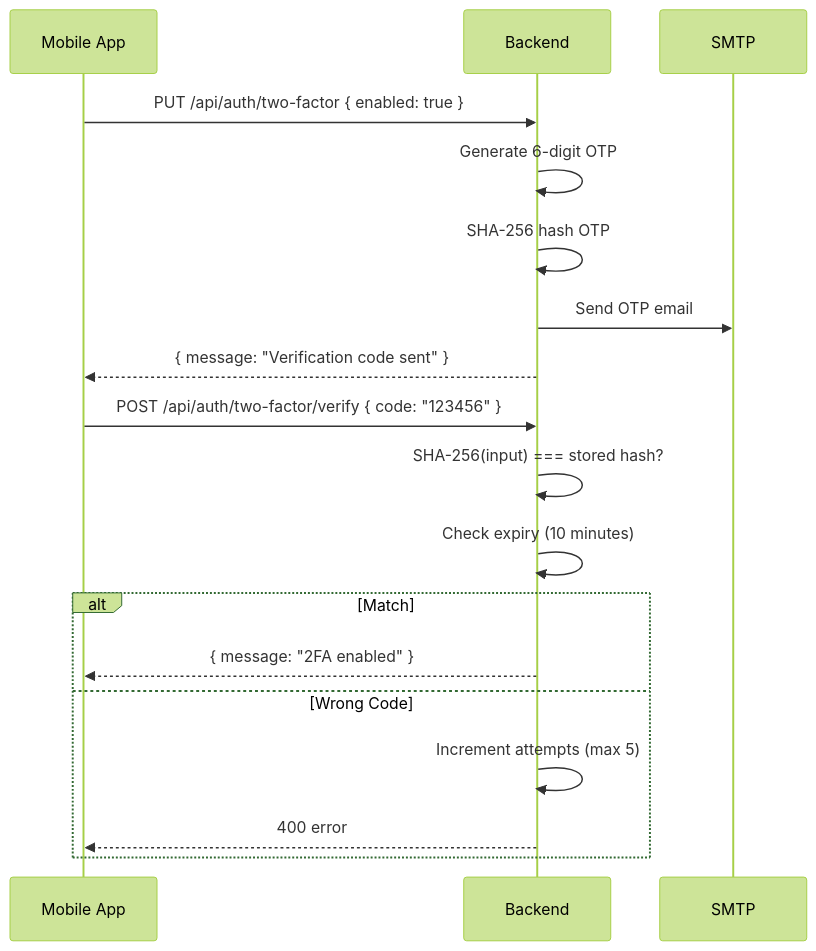
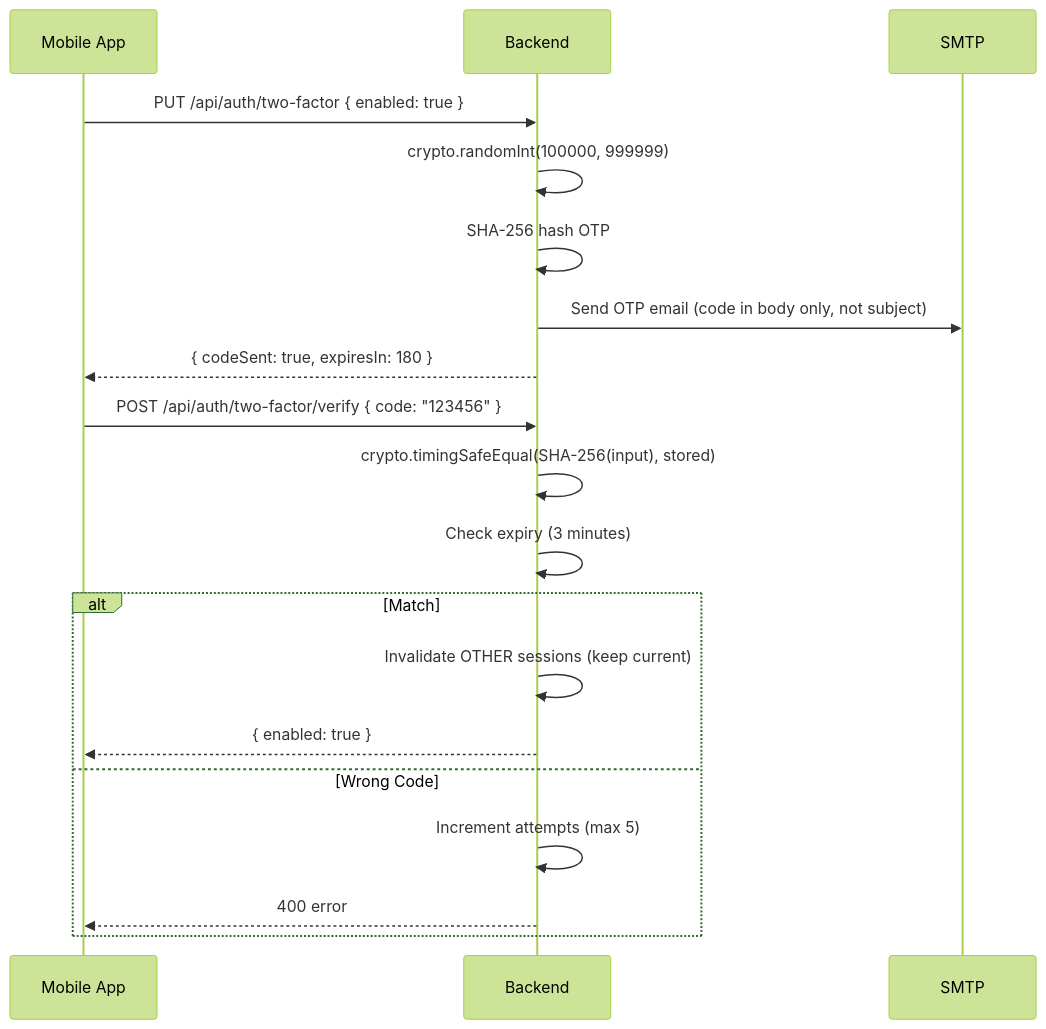
One commit to mpairwe7/delipucash_latest changed the second of 3 diagrams in docs/backend/authentication.md. Above: the diagram before and after it, drawn with Mermaid (forest theme). The commit also changed other lines of this file and 6 other files, not shown here.

````diff
--- a/docs/backend/authentication.md
+++ b/docs/backend/authentication.md
@@ -101,22 +102,23 @@
 ```mermaid
 sequenceDiagram
     participant App as Mobile App
     participant API as Backend
     participant Email as SMTP
 
     App->>API: PUT /api/auth/two-factor { enabled: true }
-    API->>API: Generate 6-digit OTP
+    API->>API: crypto.randomInt(100000, 999999)
     API->>API: SHA-256 hash OTP
-    API->>Email: Send OTP email
-    API-->>App: { message: "Verification code sent" }
+    API->>Email: Send OTP email (code in body only, not subject)
+    API-->>App: { codeSent: true, expiresIn: 180 }
 
     App->>API: POST /api/auth/two-factor/verify { code: "123456" }
-    API->>API: SHA-256(input) === stored hash?
-    API->>API: Check expiry (10 minutes)
+    API->>API: crypto.timingSafeEqual(SHA-256(input), stored)
+    API->>API: Check expiry (3 minutes)
     alt Match
-        API-->>App: { message: "2FA enabled" }
+        API->>API: Invalidate OTHER sessions (keep current)
+        API-->>App: { enabled: true }
     else Wrong Code
         API->>API: Increment attempts (max 5)
         API-->>App: 400 error
     end
 ```
````
